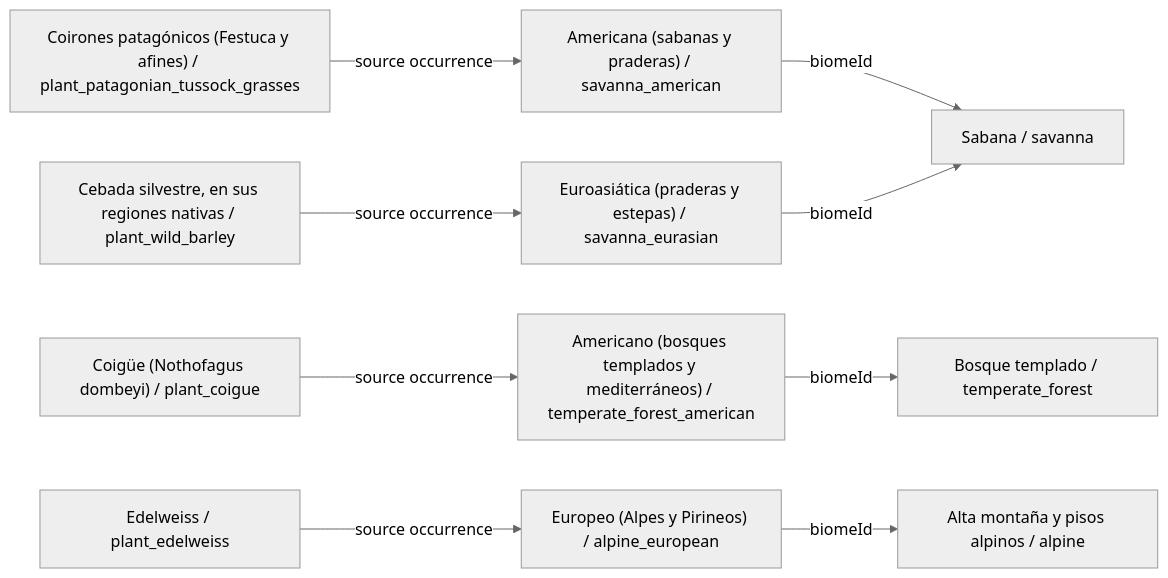
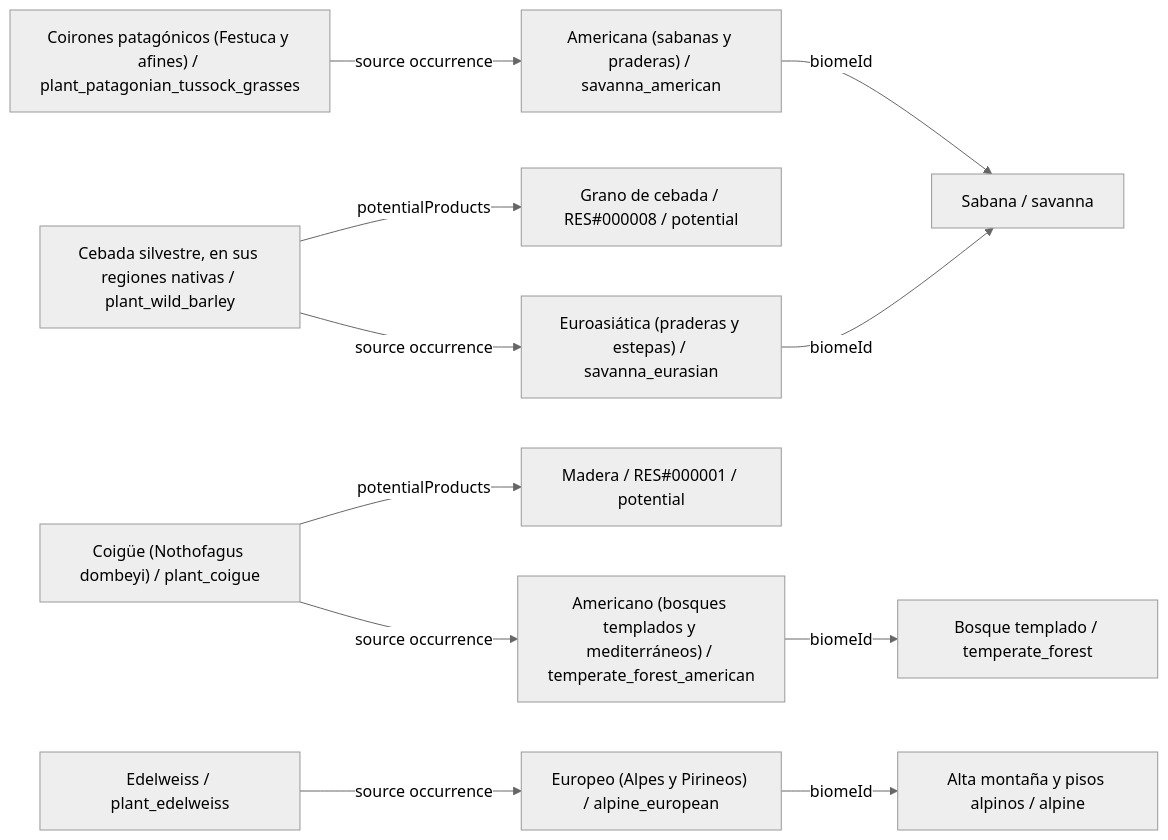
Before and after one commit to fgabo404/EvolveDoc: the tenth of 39 diagrams in data/plants/DIAGRAMS.es.md, drawn with Mermaid (neutral theme). The commit also changed other lines of this file and 50 other files, not shown here.

````diff
--- a/data/plants/DIAGRAMS.es.md
+++ b/data/plants/DIAGRAMS.es.md
@@ -377,22 +383,26 @@
 ```mermaid
 flowchart LR
     c0["Cebada silvestre, en sus regiones nativas / plant_wild_barley"]
     v13["Euroasiática (praderas y estepas) / savanna_eurasian"]
     b3["Sabana / savanna"]
+    o0_0["Grano de cebada / RES#000008 / potential"]
     c1["Coigüe (Nothofagus dombeyi) / plant_coigue"]
     v5["Americano (bosques templados y mediterráneos) / temperate_forest_american"]
     b1["Bosque templado / temperate_forest"]
+    o1_0["Madera / RES#000001 / potential"]
     c2["Coirones patagónicos (Festuca y afines) / plant_patagonian_tussock_grasses"]
     v12["Americana (sabanas y praderas) / savanna_american"]
     c3["Edelweiss / plant_edelweiss"]
     v25["Europeo (Alpes y Pirineos) / alpine_european"]
     b6["Alta montaña y pisos alpinos / alpine"]
+    c0 -->|potentialProducts| o0_0
     c0 -->|source occurrence| v13
+    c1 -->|potentialProducts| o1_0
     c1 -->|source occurrence| v5
     c2 -->|source occurrence| v12
     c3 -->|source occurrence| v25
     v12 -->|biomeId| b3
     v13 -->|biomeId| b3
     v25 -->|biomeId| b6
     v5 -->|biomeId| b1
 ```
````
